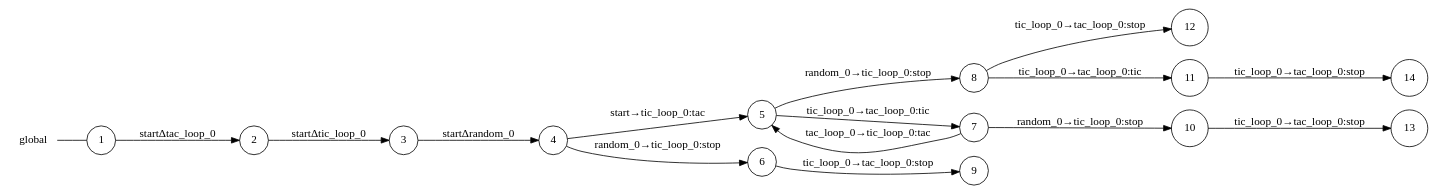
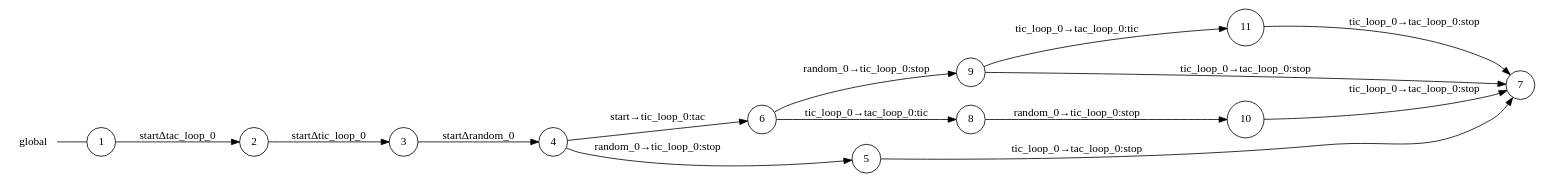
The diagram in examples/ticktack/start_global_view.dot (gabrielegenovese/chorer), drawn with Graphviz before and after one commit. The commit also changed 4 other files, not shown here.

```diff
--- a/examples/ticktack/start_global_view.dot
+++ b/examples/ticktack/start_global_view.dot
@@ -1,34 +1,30 @@
 digraph global {
 	rankdir="LR";
 	n_0 [label="global", shape="plaintext"];
-	n_1 [id="5", shape=circle, label="5"];
-	n_2 [id="12", shape=circle, label="12"];
+	n_1 [id="5", shape=circle, label="6"];
+	n_2 [id="12", shape=circle, label="5"];
 	n_3 [id="11", shape=circle, label="11"];
-	n_4 [id="14", shape=circle, label="14"];
-	n_5 [id="6", shape=circle, label="6"];
-	n_6 [id="13", shape=circle, label="13"];
-	n_7 [id="10", shape=circle, label="10"];
-	n_8 [id="1", shape=circle, label="1"];
-	n_0 -> n_8 [arrowhead=none];
-	n_9 [id="9", shape=circle, label="9"];
-	n_10 [id="2", shape=circle, label="2"];
-	n_11 [id="8", shape=circle, label="8"];
-	n_12 [id="4", shape=circle, label="4"];
-	n_13 [id="7", shape=circle, label="7"];
-	n_14 [id="3", shape=circle, label="3"];
+	n_4 [id="14", shape=circle, label="4"];
+	n_5 [id="10", shape=circle, label="9"];
+	n_6 [id="1", shape=circle, label="1"];
+	n_0 -> n_6 [arrowhead=none];
+	n_7 [id="2", shape=circle, label="2"];
+	n_8 [id="8", shape=circle, label="10"];
+	n_9 [id="4", shape=circle, label="7"];
+	n_10 [id="7", shape=circle, label="8"];
+	n_11 [id="3", shape=circle, label="3"];
 
-	n_10 -> n_14 [id="[$e|1]", label="startΔtic_loop_0"];
-	n_13 -> n_7 [id="[$e|8]", label="random_0→tic_loop_0:stop"];
-	n_1 -> n_11 [id="[$e|6]", label="random_0→tic_loop_0:stop"];
-	n_5 -> n_9 [id="[$e|7]", label="tic_loop_0→tac_loop_0:stop"];
-	n_14 -> n_12 [id="[$e|2]", label="startΔrandom_0"];
-	n_12 -> n_1 [id="[$e|3]", label="start→tic_loop_0:tac"];
-	n_8 -> n_10 [id="[$e|0]", label="startΔtac_loop_0"];
-	n_7 -> n_6 [id="[$e|12]", label="tic_loop_0→tac_loop_0:stop"];
-	n_3 -> n_4 [id="[$e|13]", label="tic_loop_0→tac_loop_0:stop"];
-	n_11 -> n_3 [id="[$e|10]", label="tic_loop_0→tac_loop_0:tic"];
-	n_12 -> n_5 [id="[$e|4]", label="random_0→tic_loop_0:stop"];
-	n_13 -> n_1 [id="[$e|9]", label="tac_loop_0→tic_loop_0:tac"];
-	n_1 -> n_13 [id="[$e|5]", label="tic_loop_0→tac_loop_0:tic"];
-	n_11 -> n_2 [id="[$e|11]", label="tic_loop_0→tac_loop_0:stop"];
+	n_2 -> n_9 [id="[$e|16]", label="tic_loop_0→tac_loop_0:stop"];
+	n_1 -> n_10 [id="[$e|8]", label="tic_loop_0→tac_loop_0:tic"];
+	n_7 -> n_11 [id="[$e|6]", label="startΔtic_loop_0"];
+	n_5 -> n_3 [id="[$e|7]", label="tic_loop_0→tac_loop_0:tic"];
+	n_6 -> n_7 [id="[$e|2]", label="startΔtac_loop_0"];
+	n_11 -> n_4 [id="[$e|3]", label="startΔrandom_0"];
+	n_4 -> n_2 [id="[$e|12]", label="random_0→tic_loop_0:stop"];
+	n_5 -> n_9 [id="[$e|14]", label="tic_loop_0→tac_loop_0:stop"];
+	n_10 -> n_8 [id="[$e|10]", label="random_0→tic_loop_0:stop"];
+	n_1 -> n_5 [id="[$e|4]", label="random_0→tic_loop_0:stop"];
+	n_3 -> n_9 [id="[$e|5]", label="tic_loop_0→tac_loop_0:stop"];
+	n_4 -> n_1 [id="[$e|11]", label="start→tic_loop_0:tac"];
+	n_8 -> n_9 [id="[$e|15]", label="tic_loop_0→tac_loop_0:stop"];
 }
```
